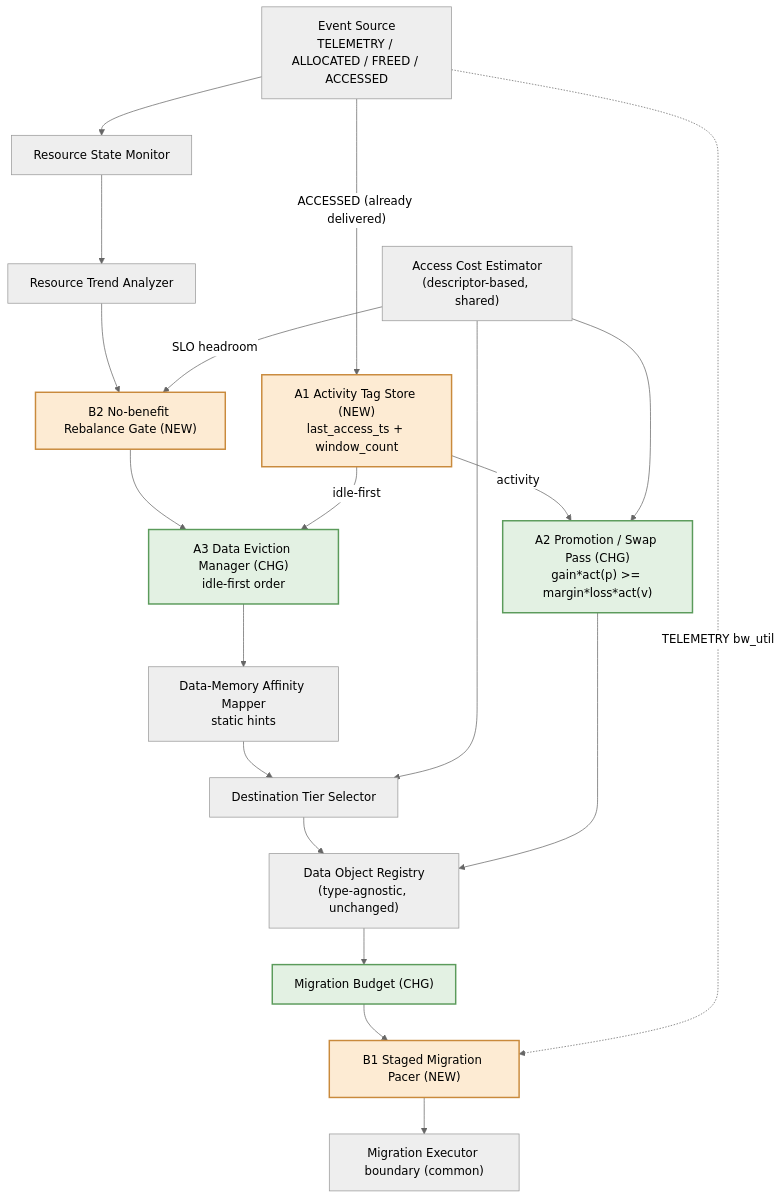
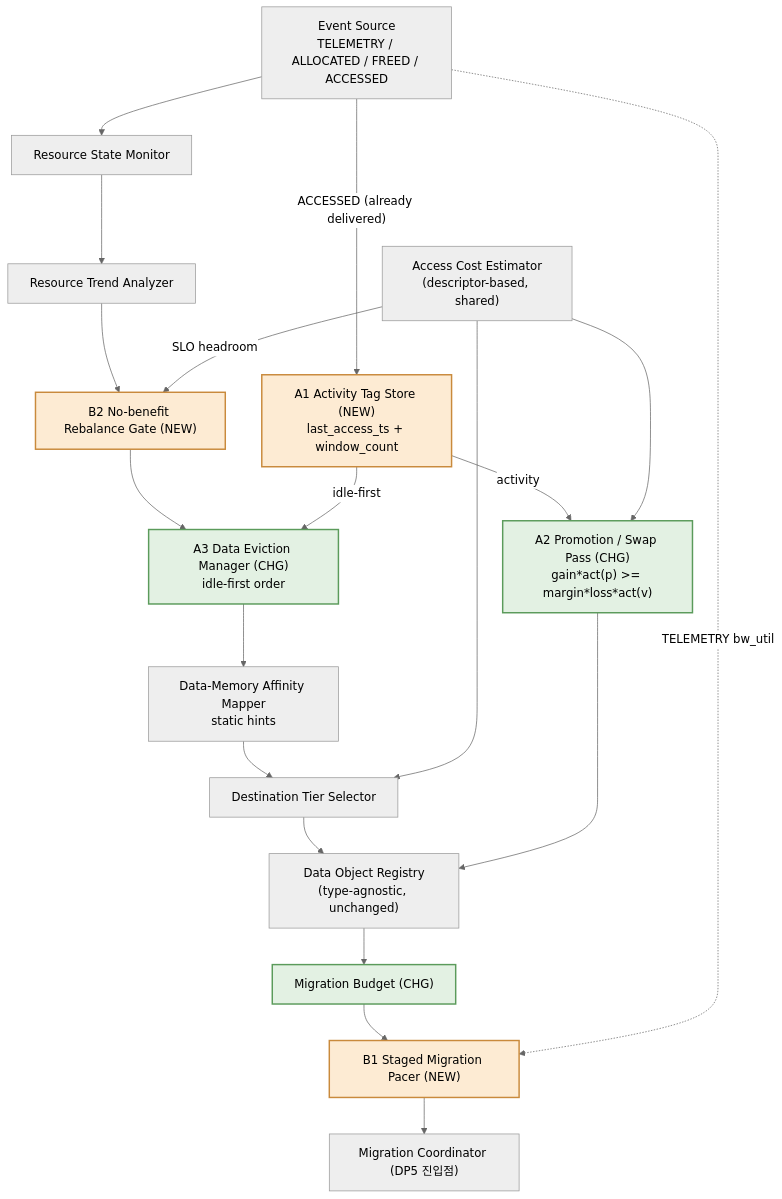
Before and after one commit to mkim0628/vllm: the diagram in doc-mk/DP1/dp1-c1-qa1-complement-design.md, drawn with Mermaid (neutral theme). The commit also changed other lines of this file and 2 other files, not shown here.

Commit message:
DP1 exits at Migration Coordinator; intent assembled by Migration Data Selector; two intent producers
Rename the DP1 decision-plane exit from Migration Executor (boundary) to
Migration Coordinator (DP5 entry point) so that Migration Executor only means
the Worker-side copy executor. Migration Data Selector now receives the target
resource from Destination Tier Selector and assembles MigrationIntent. Add the
two intent producers (DP1 and Scheduler required-access promotion, BLOCKING)
to DP1 section 2.2 and DP5, and note that the simulator still calls the
selectors in the opposite order.

Claude-Session: https://claude.ai/code/session_01AuCqbPk6deqqdKjH41c27g

````diff
--- a/doc-mk/DP1/dp1-c1-qa1-complement-design.md
+++ b/doc-mk/DP1/dp1-c1-qa1-complement-design.md
@@ -157,36 +157,36 @@
 ```mermaid
 flowchart TD
     EV["Event Source<br/>TELEMETRY / ALLOCATED / FREED / ACCESSED"]
     RSM["Resource State Monitor"]
     RTA["Resource Trend Analyzer"]
     B2["B2 No-benefit Rebalance Gate (NEW)"]
     A1["A1 Activity Tag Store (NEW)<br/>last_access_ts + window_count"]
     A3["A3 Data Eviction Manager (CHG)<br/>idle-first order"]
     DMA["Data-Memory Affinity Mapper<br/>static hints"]
     ACE["Access Cost Estimator<br/>(descriptor-based, shared)"]
     DTS["Destination Tier Selector"]
     A2["A2 Promotion / Swap Pass (CHG)<br/>gain*act(p) >= margin*loss*act(v)"]
     DOR["Data Object Registry<br/>(type-agnostic, unchanged)"]
     MB["Migration Budget (CHG)"]
     B1["B1 Staged Migration Pacer (NEW)"]
-    ME["Migration Executor boundary (common)"]
+    ME["Migration Coordinator (DP5 진입점)"]
 
     EV --> RSM --> RTA --> B2
     EV -- "ACCESSED (already delivered)" --> A1
     B2 --> A3
     A1 -- "idle-first" --> A3
     A1 -- "activity" --> A2
     A3 --> DMA --> DTS
     ACE --> DTS
     ACE -- "SLO headroom" --> B2
     ACE --> A2
     DTS --> DOR
     A2 --> DOR
     DOR --> MB --> B1 --> ME
     EV -. "TELEMETRY bw_util" .-> B1
 
     classDef new fill:#FDEBD3,stroke:#C98A3C,stroke-width:2px;
     classDef chg fill:#E3F1E3,stroke:#5B9B5B,stroke-width:2px;
     class A1,B1,B2 new;
     class A2,A3,MB chg;
 ```
````
